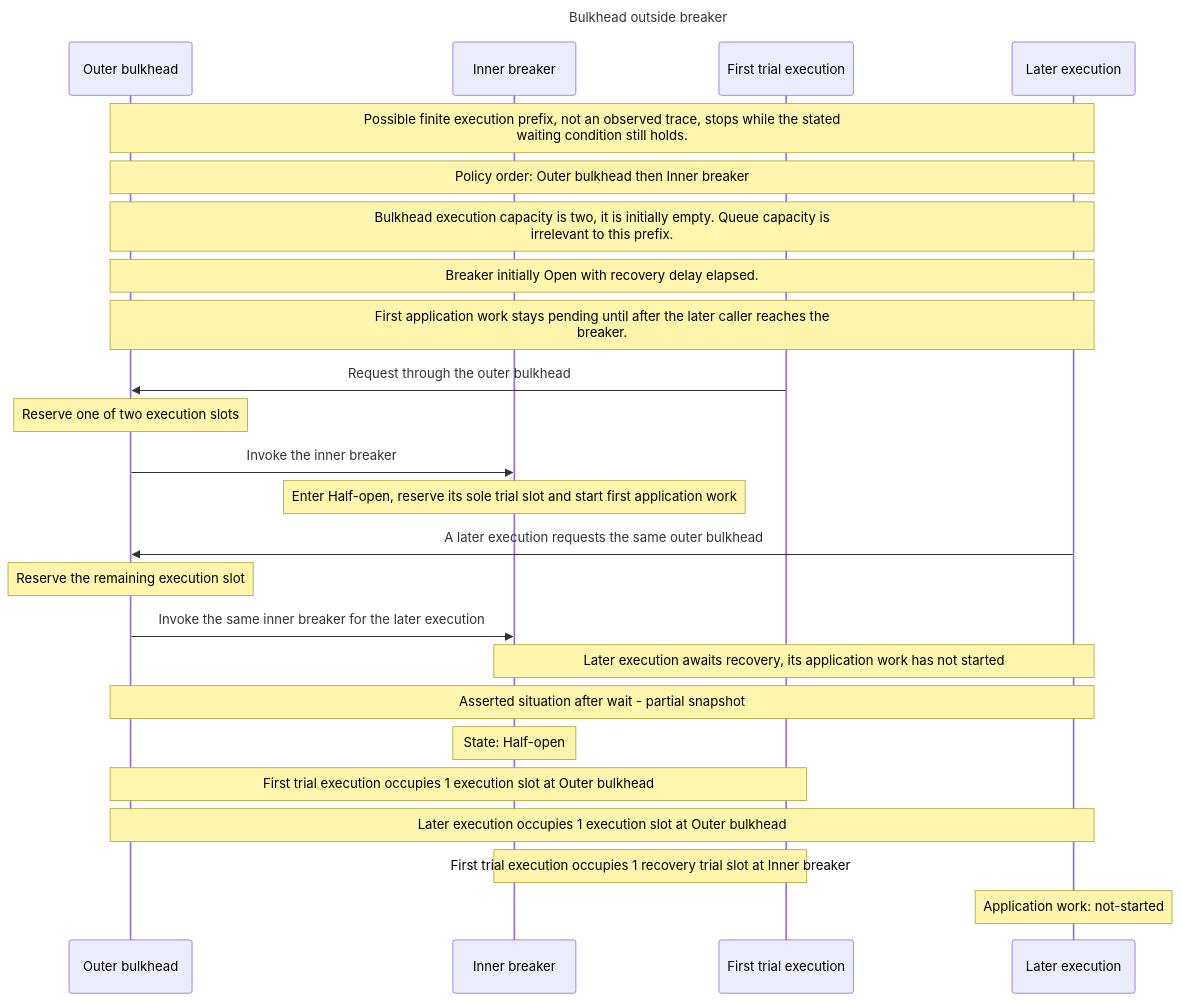
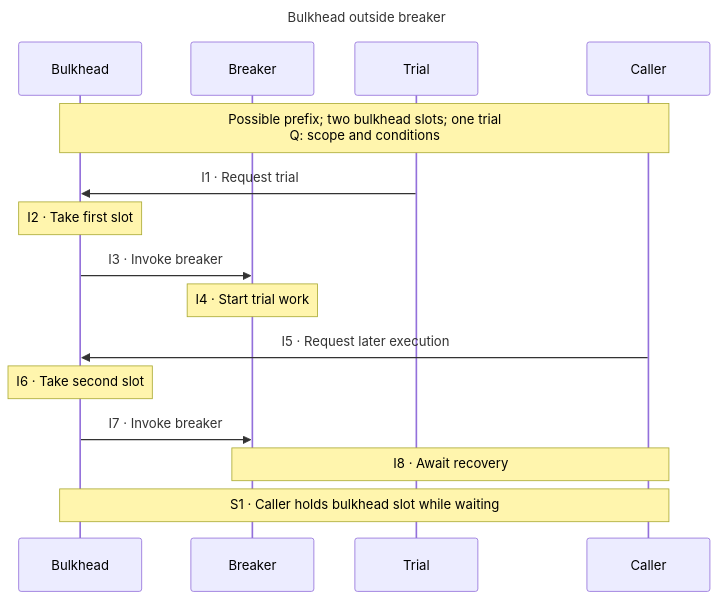
One commit to ronen/postcode changed the diagram in notes/structured-account-example/composition/bulkhead-outside.mmd. Above: the diagram before and after it, drawn with Mermaid. The commit also changed 29 other files, not shown here.

Commit message:
Clarify diagram overviews with concise labels and keyed legends

```diff
--- a/notes/structured-account-example/composition/bulkhead-outside.mmd
+++ b/notes/structured-account-example/composition/bulkhead-outside.mmd
@@ -1,25 +1,16 @@
 sequenceDiagram
-    title Bulkhead outside breaker
-    participant p0 as Outer bulkhead
-    participant p1 as Inner breaker
-    participant p2 as First trial execution
-    participant p3 as Later execution
-    Note over p0,p3: Possible finite execution prefix, not an observed trace, stops while the stated<br/>waiting condition still holds.
-    Note over p0,p3: Policy order: Outer bulkhead then Inner breaker
-    Note over p0,p3: Bulkhead execution capacity is two, it is initially empty. Queue capacity is<br/>irrelevant to this prefix.
-    Note over p0,p3: Breaker initially Open with recovery delay elapsed.
-    Note over p0,p3: First application work stays pending until after the later caller reaches the<br/>breaker.
-    p2->>p0: Request through the outer bulkhead
-    Note over p0: Reserve one of two execution slots
-    p0->>p1: Invoke the inner breaker
-    Note over p1: Enter Half-open, reserve its sole trial slot and start first application work
-    p3->>p0: A later execution requests the same outer bulkhead
-    Note over p0: Reserve the remaining execution slot
-    p0->>p1: Invoke the same inner breaker for the later execution
-    Note over p3,p1: Later execution awaits recovery, its application work has not started
-    Note over p0,p3: Asserted situation after wait - partial snapshot
-    Note over p1: State: Half-open
-    Note over p2,p0: First trial execution occupies 1 execution slot at Outer bulkhead
-    Note over p3,p0: Later execution occupies 1 execution slot at Outer bulkhead
-    Note over p2,p1: First trial execution occupies 1 recovery trial slot at Inner breaker
-    Note over p3: Application work: not-started
+  title Bulkhead outside breaker
+  participant p0 as Bulkhead
+  participant p1 as Breaker
+  participant p2 as Trial
+  participant p3 as Caller
+  Note over p0,p3: Possible prefix#59; two bulkhead slots#59; one trial<br/>Q: scope and conditions
+  p2->>p0: I1 · Request trial
+  Note over p0: I2 · Take first slot
+  p0->>p1: I3 · Invoke breaker
+  Note over p1: I4 · Start trial work
+  p3->>p0: I5 · Request later execution
+  Note over p0: I6 · Take second slot
+  p0->>p1: I7 · Invoke breaker
+  Note over p1,p3: I8 · Await recovery
+  Note over p0,p3: S1 · Caller holds bulkhead slot while waiting
```
